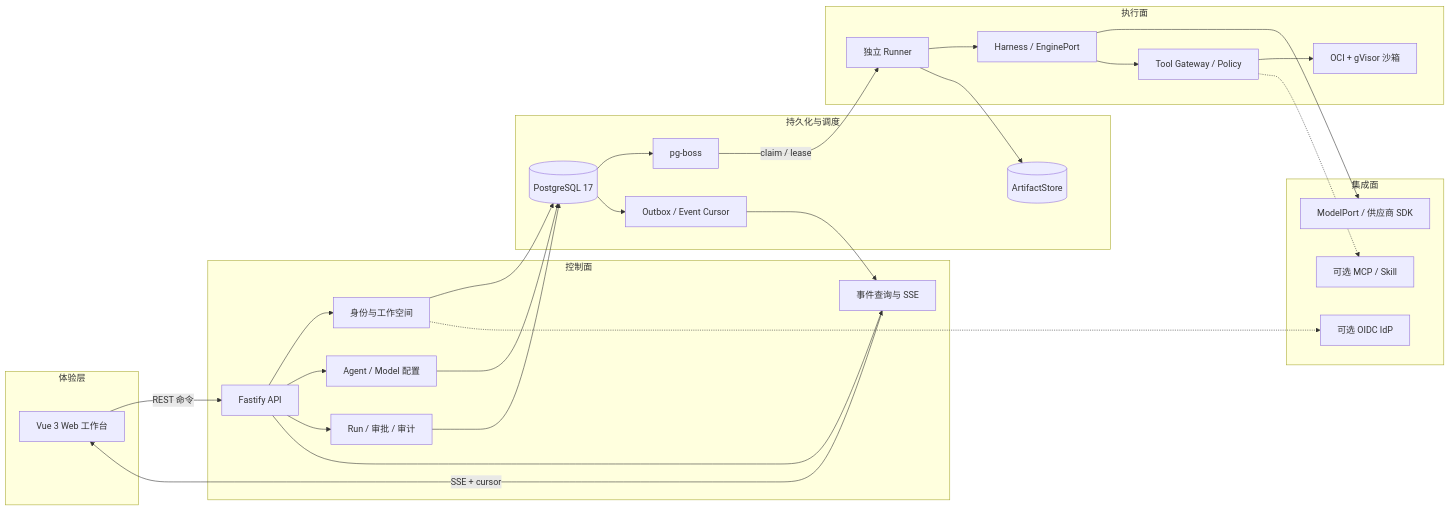
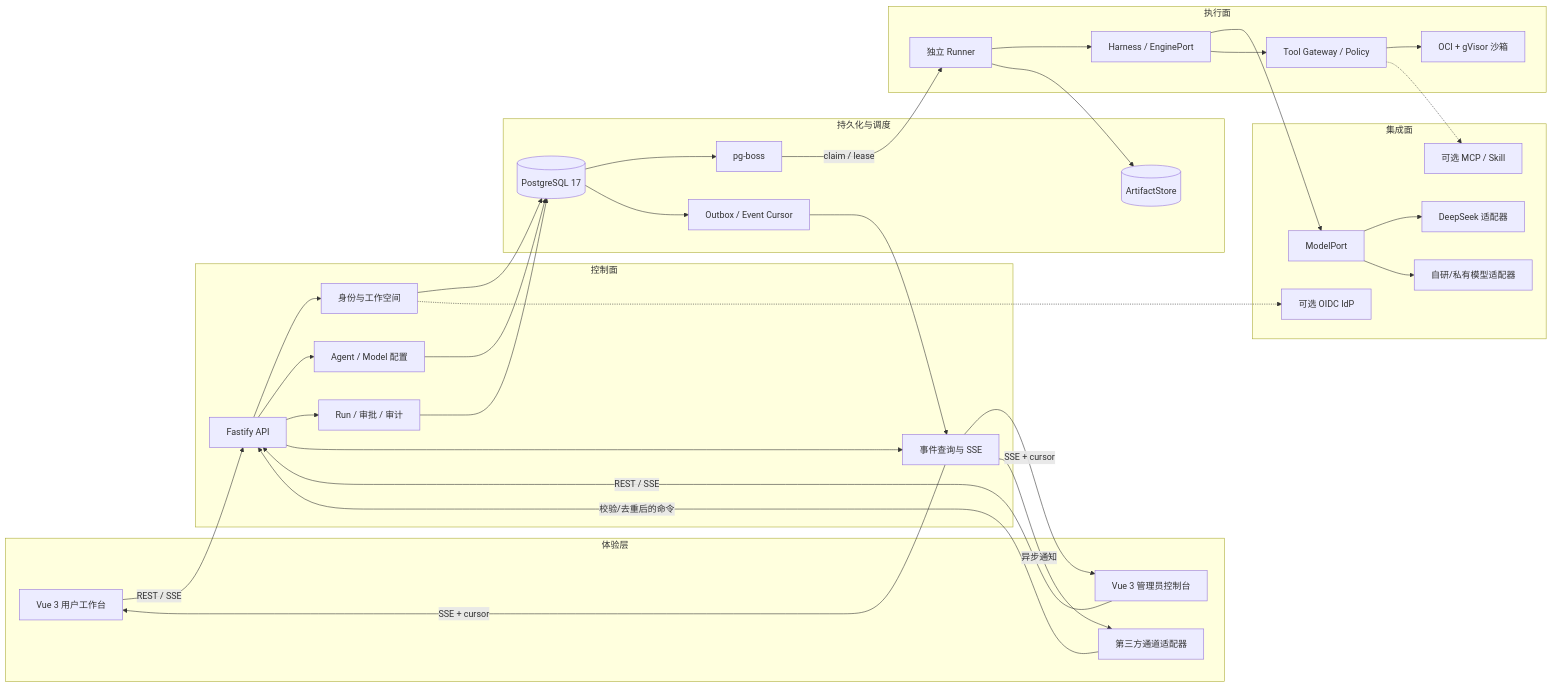
One commit to yupengsheng/agent-workbench changed the first of 2 diagrams in docs/architecture/technical-architecture.md. Above: the diagram before and after it, drawn with Mermaid. The commit also changed 26 other files, not shown here.

````diff
--- a/docs/architecture/technical-architecture.md
+++ b/docs/architecture/technical-architecture.md
@@ -18,55 +18,65 @@
 ```mermaid
 flowchart LR
   subgraph Experience[体验层]
-    Web[Vue 3 Web 工作台]
+    UserWeb[Vue 3 用户工作台]
+    AdminWeb[Vue 3 管理员控制台]
+    Channel[第三方通道适配器]
   end
 
   subgraph Control[控制面]
     API[Fastify API]
     Identity[身份与工作空间]
     Config[Agent / Model 配置]
     Runs[Run / 审批 / 审计]
     Events[事件查询与 SSE]
   end
 
   subgraph Durable[持久化与调度]
     DB[(PostgreSQL 17)]
     Queue[pg-boss]
     Outbox[Outbox / Event Cursor]
     Artifact[(ArtifactStore)]
   end
 
   subgraph Execution[执行面]
     Runner[独立 Runner]
     Harness[Harness / EnginePort]
     Policy[Tool Gateway / Policy]
     Sandbox[OCI + gVisor 沙箱]
   end
 
   subgraph Integrations[集成面]
-    Model[ModelPort / 供应商 SDK]
+    Model[ModelPort]
+    DeepSeek[DeepSeek 适配器]
+    SelfHosted[自研/私有模型适配器]
     OIDC[可选 OIDC IdP]
     MCP[可选 MCP / Skill]
   end
 
-  Web -->|REST 命令| API
+  UserWeb -->|REST / SSE| API
+  AdminWeb -->|REST / SSE| API
+  Channel -->|校验/去重后的命令| API
   API --> Identity
   API --> Config
   API --> Runs
   API --> Events
   Identity --> DB
   Config --> DB
   Runs --> DB
   DB --> Queue
   DB --> Outbox
   Outbox --> Events
-  Events -->|SSE + cursor| Web
+  Events -->|SSE + cursor| UserWeb
+  Events -->|SSE + cursor| AdminWeb
+  Events -->|异步通知| Channel
   Queue -->|claim / lease| Runner
   Runner --> Harness
   Harness --> Model
+  Model --> DeepSeek
+  Model --> SelfHosted
   Harness --> Policy
   Policy --> Sandbox
   Runner --> Artifact
   Identity -.-> OIDC
   Policy -.-> MCP
 ```
````
